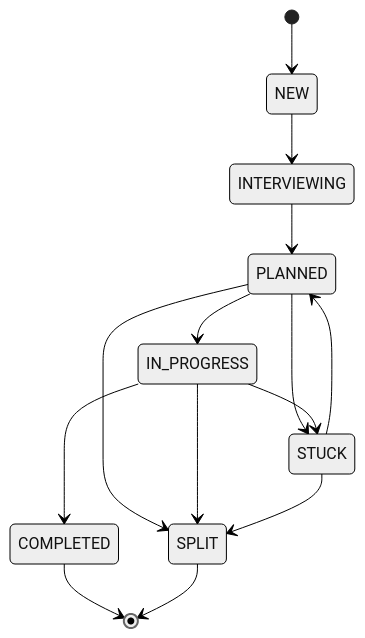
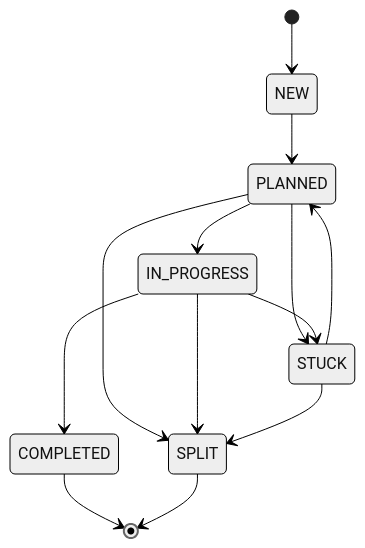
The diagram in README.md (vx-daniel/barf-ts), drawn with Mermaid (neutral theme) before and after one commit. The commit also changed other lines of this file and 18 other files, not shown here.

````diff
--- a/README.md
+++ b/README.md
@@ -93,16 +92,15 @@
 ```mermaid
 stateDiagram-v2
     [*] --> NEW
-    NEW --> INTERVIEWING
-    INTERVIEWING --> PLANNED
+    NEW --> PLANNED
     PLANNED --> IN_PROGRESS
     PLANNED --> STUCK
     PLANNED --> SPLIT
     IN_PROGRESS --> COMPLETED
     IN_PROGRESS --> STUCK
     IN_PROGRESS --> SPLIT
     STUCK --> PLANNED
     STUCK --> SPLIT
     COMPLETED --> [*]
     SPLIT --> [*]
 ```
````
